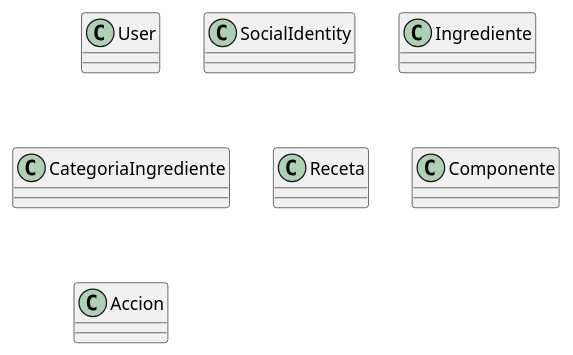
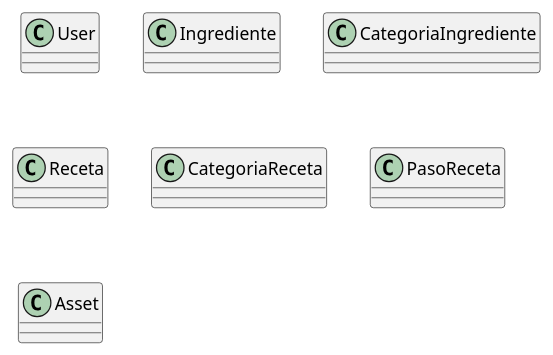
One commit to Luinux81/laravel-recetapp changed the diagram in docs/clases.pu. Above: the diagram before and after it, drawn with PlantUML. The commit also changed 1 other file, not shown here.

Commit message:
Actualización de diagramas de clases

```diff
--- a/docs/clases.pu
+++ b/docs/clases.pu
@@ -1,17 +1,19 @@
-@startuml
+@startuml Clases
 
 class User{}
 
-class SocialIdentity{}
+' class SocialIdentity{}
 
 class Ingrediente{}
 
 class CategoriaIngrediente{}
 
 class Receta{}
 
-class Componente{}
+class CategoriaReceta{}
 
-class Accion{}
+class PasoReceta{}
+
+class Asset{}
 
 @enduml
```
